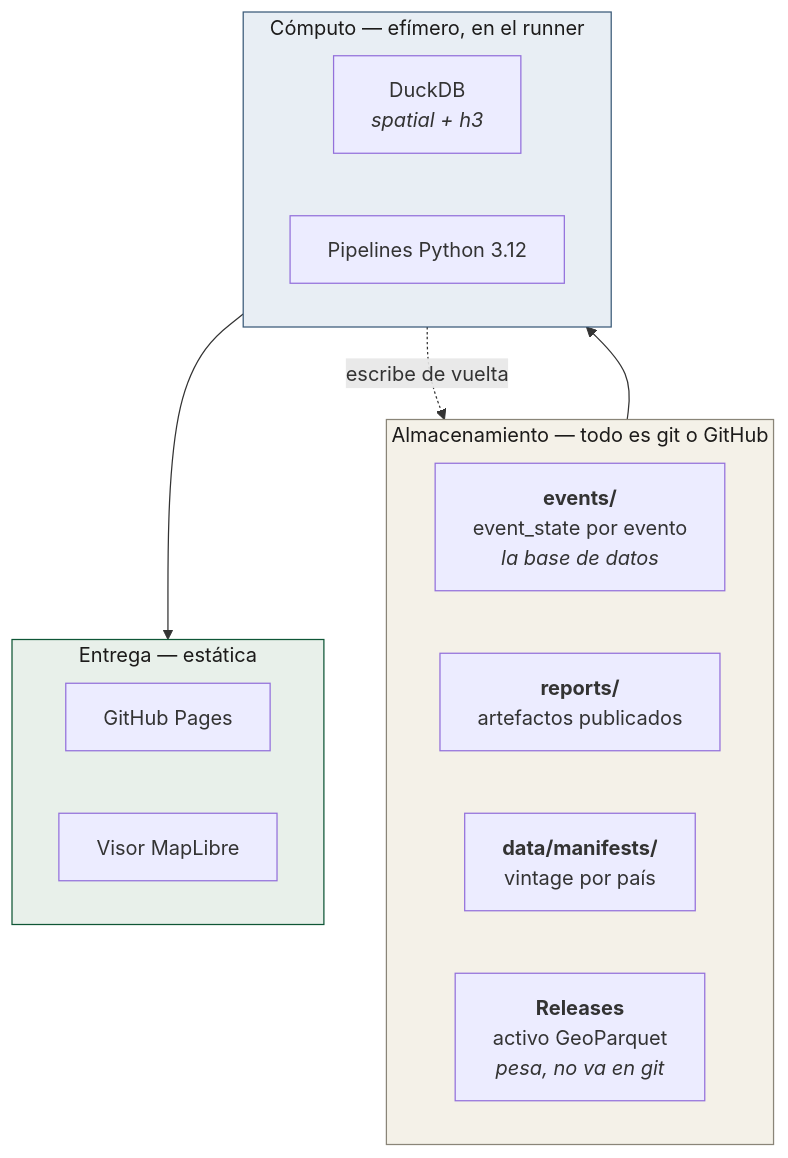
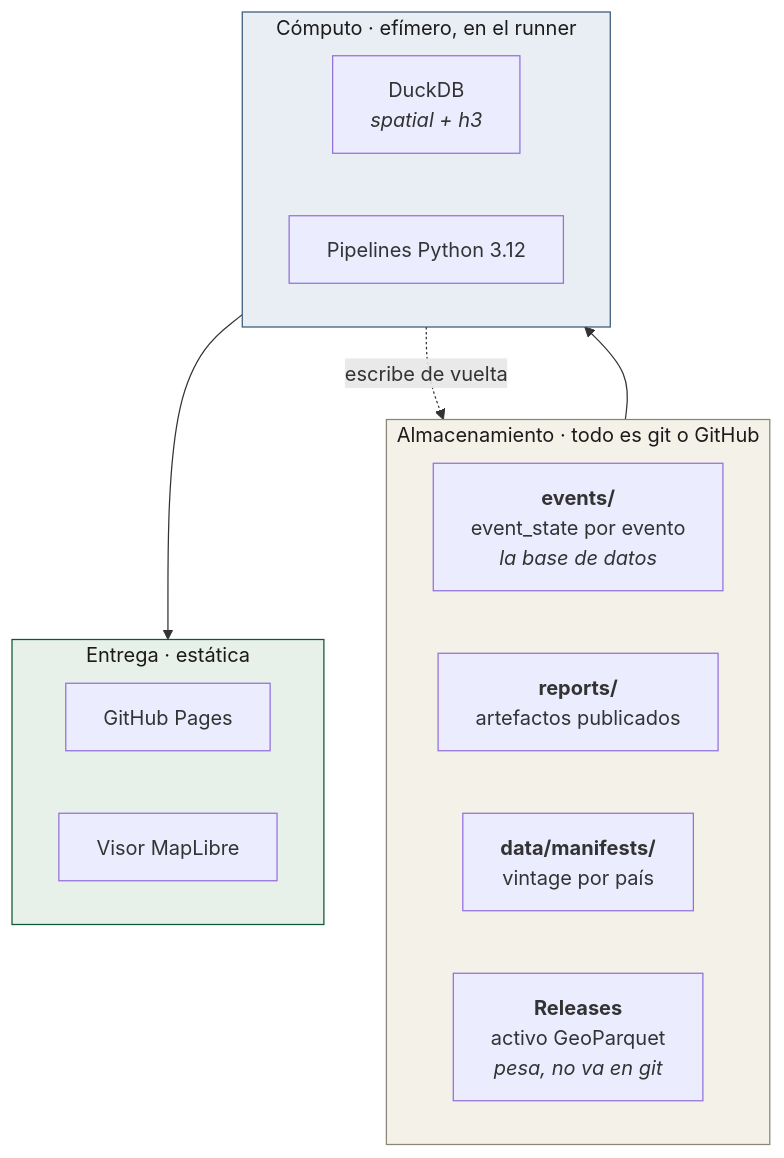
One commit to sforero77/CENTINELA changed the diagram in docs/arquitectura/README.md. Above: the diagram before and after it, drawn with Mermaid. The commit also changed other lines of this file and 44 other files, not shown here.

````diff
--- a/docs/arquitectura/README.md
+++ b/docs/arquitectura/README.md
@@ -15,27 +15,27 @@
 ```mermaid
 flowchart TB
-  subgraph almacen["Almacenamiento — todo es git o GitHub"]
+  subgraph almacen["Almacenamiento · todo es git o GitHub"]
     direction LR
     A1["<b>events/</b><br/>event_state por evento<br/><i>la base de datos</i>"]
     A2["<b>reports/</b><br/>artefactos publicados"]
     A3["<b>data/manifests/</b><br/>vintage por país"]
     A4["<b>Releases</b><br/>activo GeoParquet<br/><i>pesa, no va en git</i>"]
   end
 
-  subgraph computo["Cómputo — efímero, en el runner"]
+  subgraph computo["Cómputo · efímero, en el runner"]
     C1["DuckDB<br/><i>spatial + h3</i>"]
     C2["Pipelines Python 3.12"]
   end
 
-  subgraph entrega["Entrega — estática"]
+  subgraph entrega["Entrega · estática"]
     E1["GitHub Pages"]
     E2["Visor MapLibre"]
   end
 
   almacen --> computo --> entrega
   computo -.->|"escribe de vuelta"| almacen
 
   style almacen fill:#f4f1e8,stroke:#8a8578,color:#1c1b1a
   style computo fill:#e8eef4,stroke:#3a5a78,color:#1c1b1a
   style entrega fill:#e8f0ea,stroke:#0f5636,color:#1c1b1a
 ```
````
